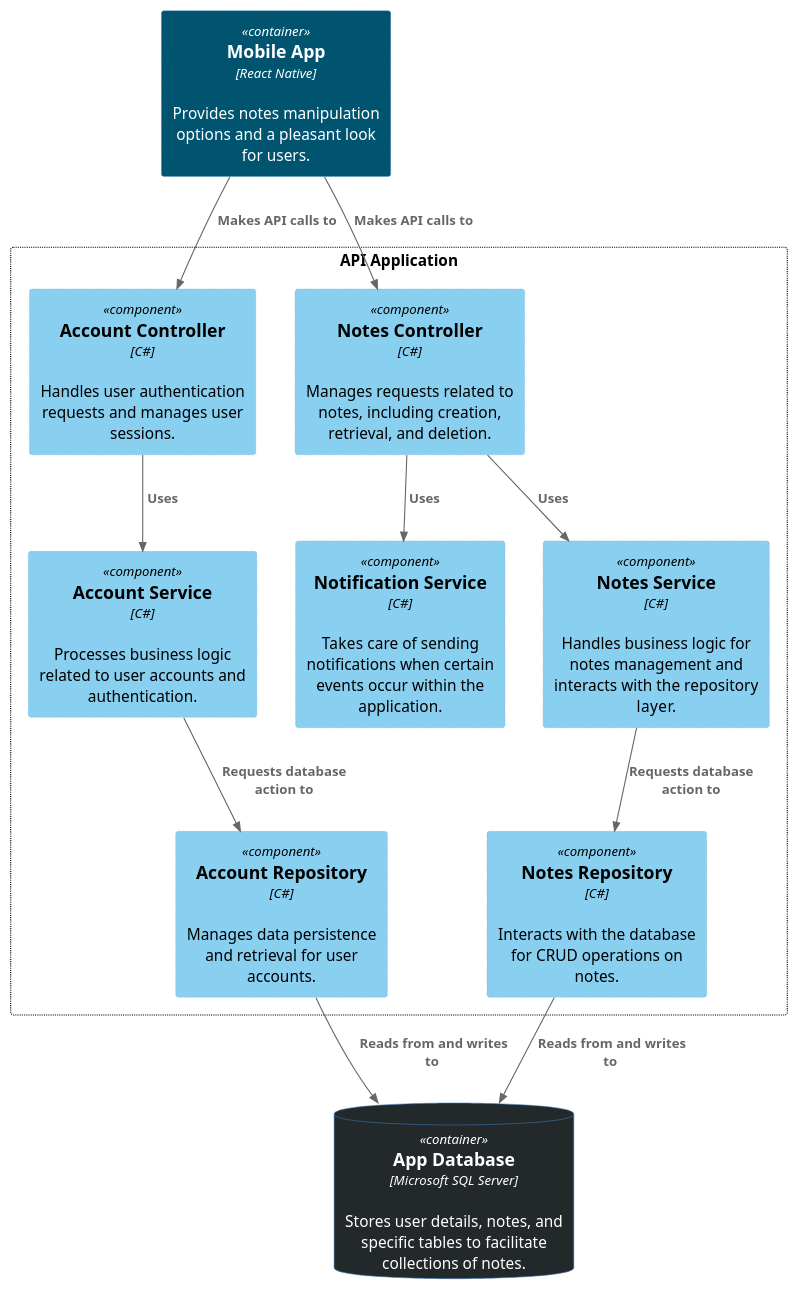
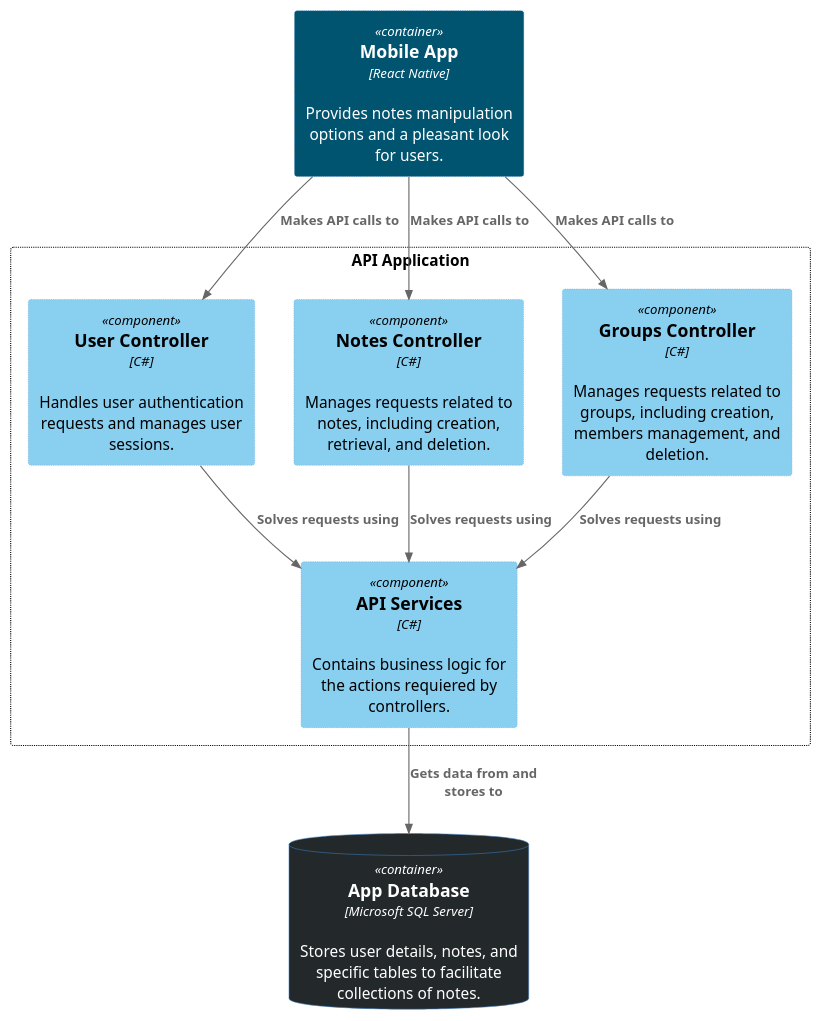
The diagram in diagrams/code/component_diagram.puml (unibuc-cs/software-engineering-product-pingbing), drawn with PlantUML before and after one commit. The commit also changed 3 other files, not shown here.

Commit message:
Updated diagrams

```diff
--- a/diagrams/code/component_diagram.puml
+++ b/diagrams/code/component_diagram.puml
@@ -1,44 +1,38 @@
 @startuml diagrame
 !include https://raw.githubusercontent.com/plantuml-stdlib/C4-PlantUML/master/C4_Context.puml
 !include https://raw.githubusercontent.com/plantuml-stdlib/C4-PlantUML/master/C4_Container.puml
 !include https://raw.githubusercontent.com/plantuml-stdlib/C4-PlantUML/master/C4_Component.puml
 
 ' Styles
 skinparam rectangle {
     BorderColor Black
     BorderStyle Dotted
     Padding 35
 }
 
 ' Content
 Container(mobileApp, "Mobile App", "React Native", "Provides notes manipulation options and a pleasant look for users.") #00546f
 
 rectangle "API Application" as boundary {
     ' Controllers
-    Component(accountController, "Account Controller","C#", "Handles user authentication requests and manages user sessions.") #89CFF0
+    Component(accountController, "User Controller","C#", "Handles user authentication requests and manages user sessions.") #89CFF0
     Component(notesController, "Notes Controller","C#", "Manages requests related to notes, including creation, retrieval, and deletion.") #89CFF0
+    Component(groupsController, "Groups Controller","C#", "Manages requests related to groups, including creation, members management, and deletion.") #89CFF0
+
     ' Services
-    Component(accountService, "Account Service", "C#", "Processes business logic related to user accounts and authentication.") #89CFF0
-    Component(notesService, "Notes Service", "C#", "Handles business logic for notes management and interacts with the repository layer.") #89CFF0
-    Component(notificationService, "Notification Service", "C#", "Takes care of sending notifications when certain events occur within the application.") #89CFF0
-    ' Repositories
-    Component(notesRepository, "Notes Repository", "C#", "Interacts with the database for CRUD operations on notes.") #89CFF0
-    Component(accountRepository, "Account Repository", "C#", "Manages data persistence and retrieval for user accounts.") #89CFF0
+    Component(services, "API Services", "C#", "Contains business logic for the actions requiered by controllers.") #89CFF0
 }
 
 ContainerDb(dataBase, "App Database", "Microsoft SQL Server", "Stores user details, notes, and specific tables to facilitate collections of notes.") #23282a
 
 ' Relationships
-Rel(mobileApp, accountController, " Makes API calls to")
-Rel(mobileApp, notesController, " Makes API calls to")
+Rel(mobileApp, accountController, "Makes API calls to")
+Rel(mobileApp, notesController, "Makes API calls to")
+Rel(mobileApp, groupsController, "Makes API calls to")
 
-Rel(notesController, notesService, " Uses")
-Rel(notesController, notificationService, " Uses")
-Rel(accountController, accountService, " Uses")
+Rel(accountController, services, "Solves requests using")
+Rel(notesController, services, "Solves requests using")
+Rel(groupsController, services, "Solves requests using")
 
-Rel(notesService, notesRepository, "Requests database action to")
-Rel(accountService, accountRepository, "Requests database action to")
-
-Rel(accountRepository, dataBase, " Reads from and writes to")
-Rel(notesRepository, dataBase, " Reads from and writes to")
+Rel(services, dataBase, "Gets data from and stores to")
 @enduml
```
